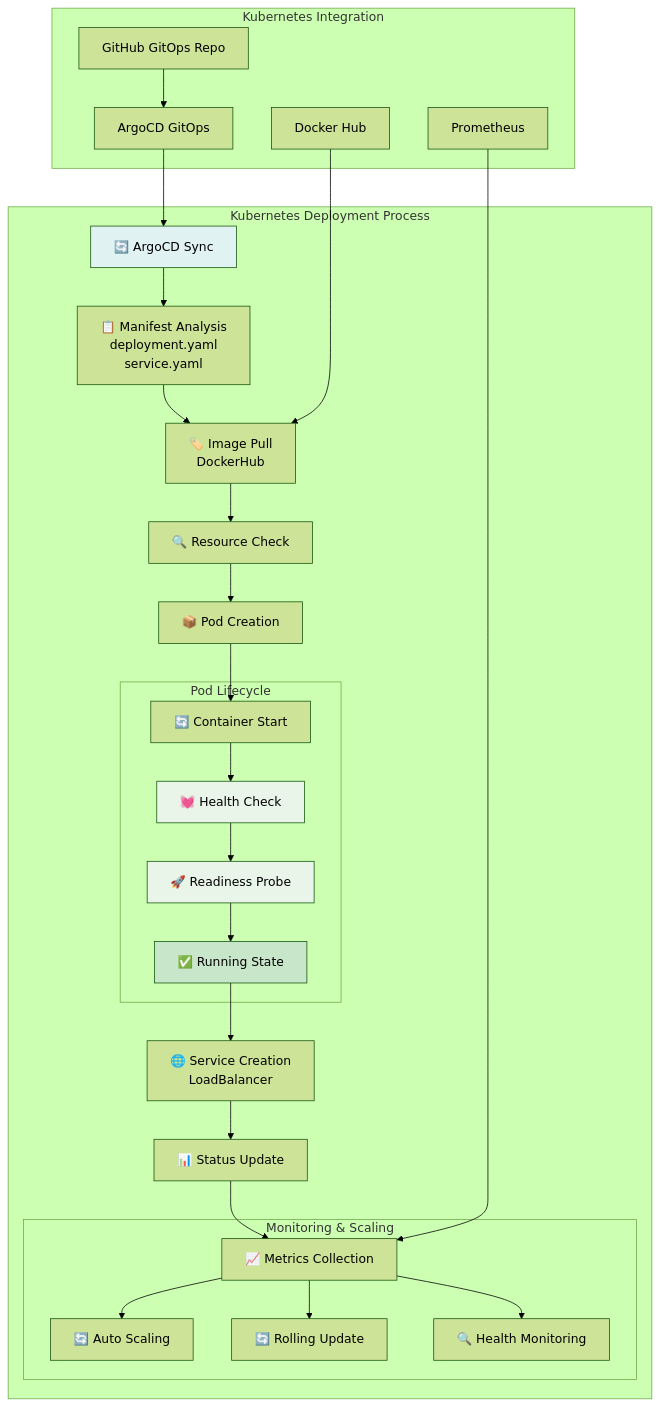
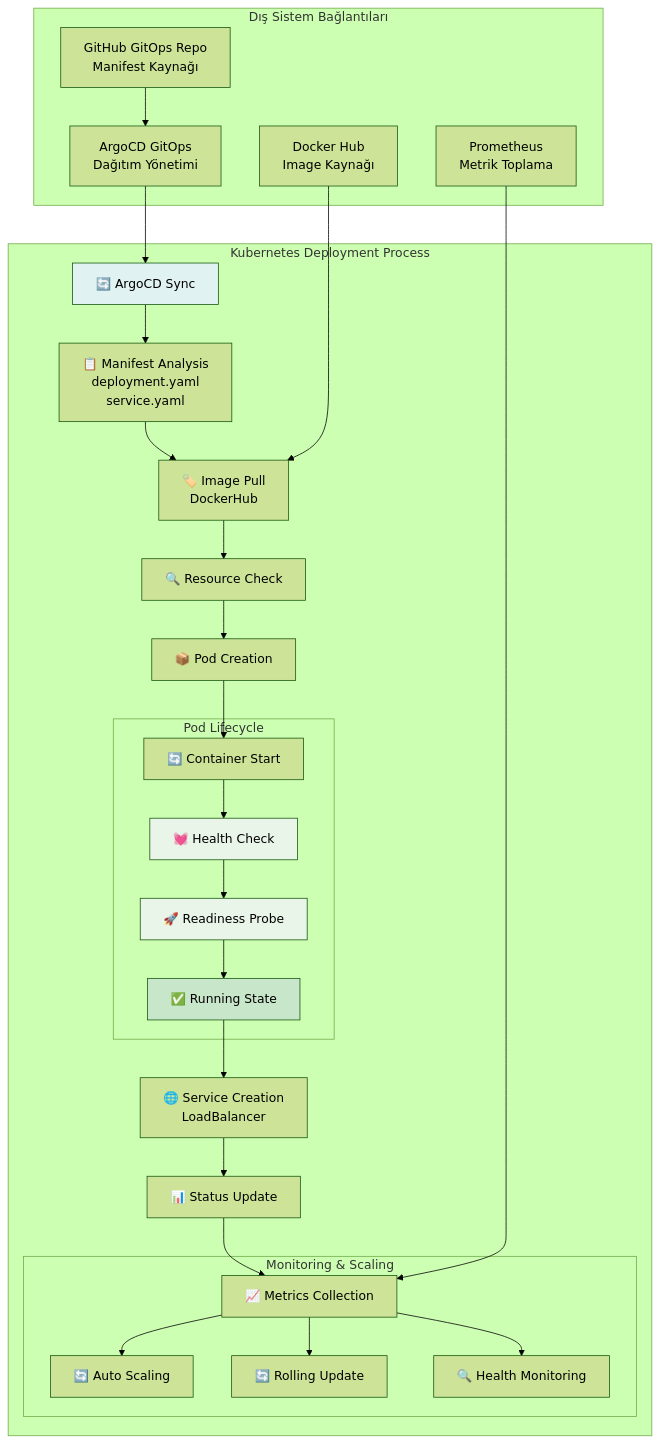
One commit to onurglr/aws-pipeline changed the third of 9 diagrams in detailed-devops-diagrams.md. Above: the diagram before and after it, drawn with Mermaid (forest theme). The commit also changed other lines of this file, not shown here.

````diff
--- a/detailed-devops-diagrams.md
+++ b/detailed-devops-diagrams.md
@@ -82,48 +82,48 @@
 ```mermaid
 graph TB
     subgraph "Kubernetes Deployment Process"
         A[🔄 ArgoCD Sync] --> B[📋 Manifest Analysis<br/>deployment.yaml<br/>service.yaml]
         B --> C[🏷️ Image Pull<br/>DockerHub]
         C --> D[🔍 Resource Check]
         D --> E[📦 Pod Creation]
         
         subgraph "Pod Lifecycle"
             E1[🔄 Container Start]
             E2[💓 Health Check]
             E3[🚀 Readiness Probe]
             E4[✅ Running State]
         end
         
         E --> E1
         E1 --> E2
         E2 --> E3
         E3 --> E4
         
         E4 --> F[🌐 Service Creation<br/>LoadBalancer]
         F --> G[📊 Status Update]
         
         subgraph "Monitoring & Scaling"
             H[📈 Metrics Collection]
             I[🔄 Auto Scaling]
             J[🔄 Rolling Update]
             K[🔍 Health Monitoring]
         end
         
         G --> H
         H --> I
         H --> J
         H --> K
     end
     
-    subgraph "Kubernetes Integration"
-        L[ArgoCD GitOps] --> A
-        M[Docker Hub] --> C
-        N[Prometheus] --> H
-        O[GitHub GitOps Repo] --> L
+    subgraph "Dış Sistem Bağlantıları"
+        L[ArgoCD GitOps<br/>Dağıtım Yönetimi] --> A
+        M[Docker Hub<br/>Image Kaynağı] --> C
+        N[Prometheus<br/>Metrik Toplama] --> H
+        O[GitHub GitOps Repo<br/>Manifest Kaynağı] --> L
     end
     
     style A fill:#e0f2f1
     style E2 fill:#e8f5e8
     style E3 fill:#e8f5e8
     style E4 fill:#c8e6c9
 ```
````
